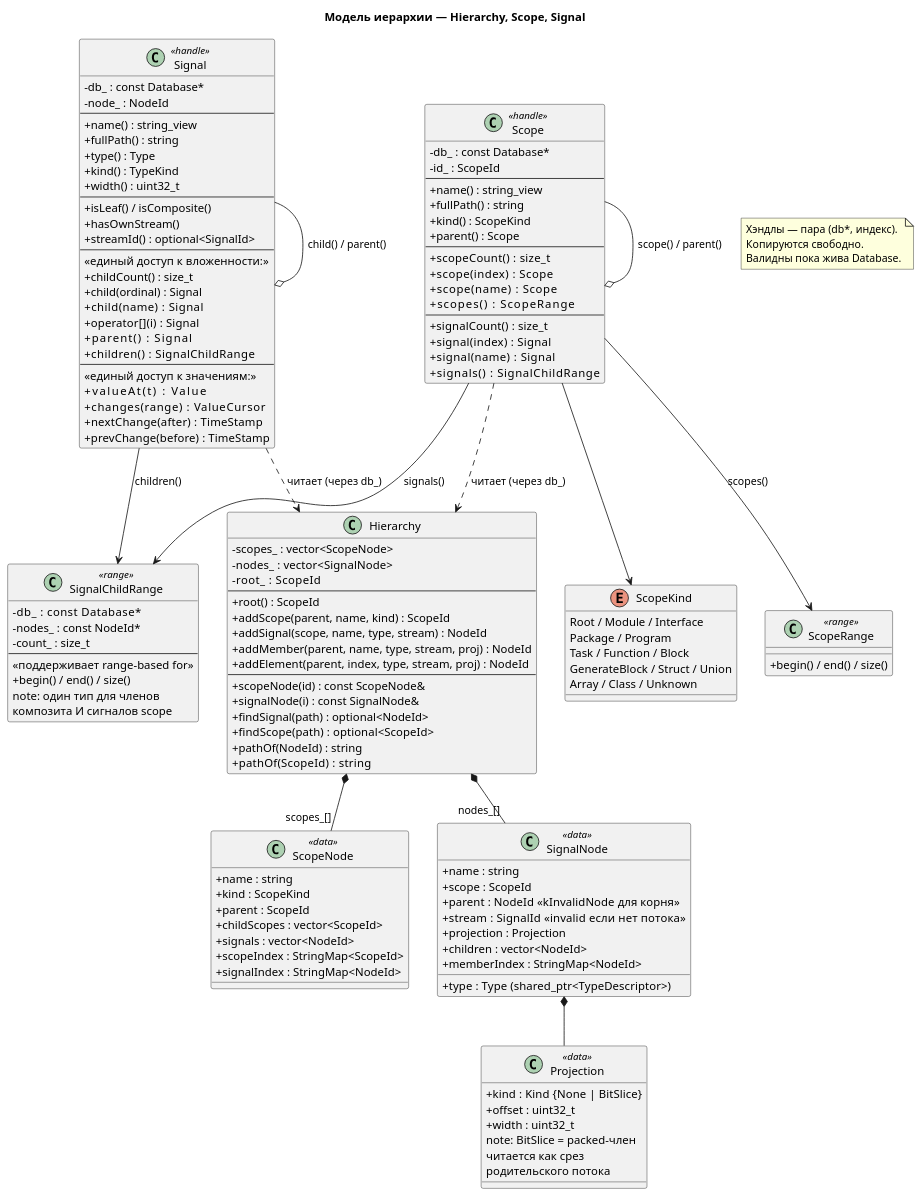
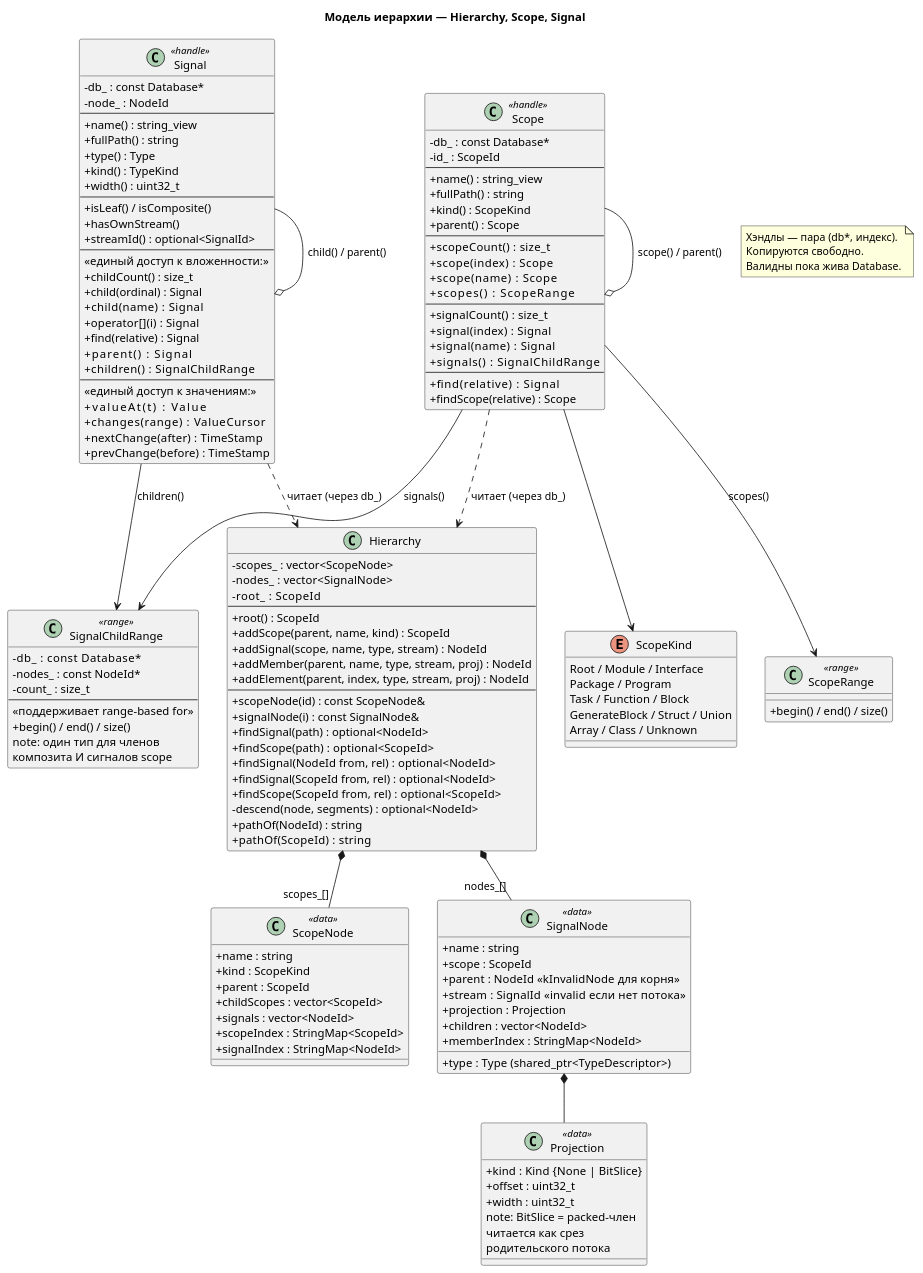
One commit to gikon3/wasafe changed the diagram in docs/uml/03_model.puml. Above: the diagram before and after it, drawn with PlantUML. The commit also changed 7 other files, not shown here.

```diff
--- a/docs/uml/03_model.puml
+++ b/docs/uml/03_model.puml
@@ -1,150 +1,158 @@
 @startuml 03_model
 title Модель иерархии — Hierarchy, Scope, Signal
 
 skinparam classAttributeIconSize 0
 skinparam defaultFontName Consolas
 
 ' ──────────────── Узлы иерархии (данные) ────────────────
 class ScopeNode <<data>> {
     + name : string
     + kind : ScopeKind
     + parent : ScopeId
     + childScopes : vector<ScopeId>
     + signals : vector<NodeId>
     + scopeIndex : StringMap<ScopeId>
     + signalIndex : StringMap<NodeId>
 }
 
 class SignalNode <<data>> {
     + name : string
     + type : Type  (shared_ptr<TypeDescriptor>)
     + scope : ScopeId
     + parent : NodeId  «kInvalidNode для корня»
     + stream : SignalId   «invalid если нет потока»
     + projection : Projection
     + children : vector<NodeId>
     + memberIndex : StringMap<NodeId>
 }
 
 class Projection <<data>> {
     + kind : Kind  {None | BitSlice}
     + offset : uint32_t
     + width : uint32_t
     note: BitSlice = packed-член\nчитается как срез\nродительского потока
 }
 
 SignalNode *-- Projection
 
 ' ──────────────── Хранилище иерархии ────────────────
 class Hierarchy {
     - scopes_ : vector<ScopeNode>
     - nodes_  : vector<SignalNode>
     - root_   : ScopeId
     --
     + root() : ScopeId
     + addScope(parent, name, kind) : ScopeId
     + addSignal(scope, name, type, stream) : NodeId
     + addMember(parent, name, type, stream, proj) : NodeId
     + addElement(parent, index, type, stream, proj) : NodeId
     --
     + scopeNode(id) : const ScopeNode&
     + signalNode(i) : const SignalNode&
     + findSignal(path) : optional<NodeId>
     + findScope(path)  : optional<ScopeId>
+    + findSignal(NodeId from, rel)  : optional<NodeId>
+    + findSignal(ScopeId from, rel) : optional<NodeId>
+    + findScope(ScopeId from, rel)  : optional<ScopeId>
+    - descend(node, segments) : optional<NodeId>
     + pathOf(NodeId) : string
     + pathOf(ScopeId)   : string
 }
 
 Hierarchy *-- "scopes_[]" ScopeNode
 Hierarchy *-- "nodes_[]" SignalNode
 
 ' ──────────────── Публичные хэндлы (лёгкие, копируемые) ────────────────
 note as N1
   Хэндлы — пара (db*, индекс).
   Копируются свободно.
   Валидны пока жива Database.
 end note
 
 class Signal <<handle>> {
     - db_ : const Database*
     - node_ : NodeId
     --
     + name() : string_view
     + fullPath() : string
     + type() : Type
     + kind() : TypeKind
     + width() : uint32_t
     --
     + isLeaf() / isComposite()
     + hasOwnStream()
     + streamId() : optional<SignalId>
     --
     «единый доступ к вложенности:»
     + childCount() : size_t
     + child(ordinal) : Signal
     + child(name)    : Signal
     + operator[](i)  : Signal
+    + find(relative) : Signal
     + parent()       : Signal
     + children()     : SignalChildRange
     --
     «единый доступ к значениям:»
     + valueAt(t)          : Value
     + changes(range)       : ValueCursor
     + nextChange(after)   : TimeStamp
     + prevChange(before)  : TimeStamp
 }
 
 class Scope <<handle>> {
     - db_ : const Database*
     - id_ : ScopeId
     --
     + name() : string_view
     + fullPath() : string
     + kind() : ScopeKind
     + parent() : Scope
     --
     + scopeCount()   : size_t
     + scope(index)    : Scope
     + scope(name)     : Scope
     + scopes()        : ScopeRange
     --
     + signalCount()  : size_t
     + signal(index)   : Signal
     + signal(name)    : Signal
     + signals()       : SignalChildRange
+    --
+    + find(relative)      : Signal
+    + findScope(relative) : Scope
 }
 
 class SignalChildRange <<range>> {
     - db_    : const Database*
     - nodes_ : const NodeId*
     - count_ : size_t
     --
     «поддерживает range-based for»
     + begin() / end() / size()
     note: один тип для членов\nкомпозита И сигналов scope
 }
 
 class ScopeRange <<range>> {
     + begin() / end() / size()
 }
 
 Signal --> SignalChildRange  : children()
 Signal -o Signal             : child() / parent()
 Scope  --> SignalChildRange  : signals()
 Scope  --> ScopeRange        : scopes()
 Scope  -o Scope              : scope() / parent()
 
 Signal ..> Hierarchy         : читает (через db_)
 Scope  ..> Hierarchy         : читает (через db_)
 
 enum ScopeKind {
     Root / Module / Interface
     Package / Program
     Task / Function / Block
     GenerateBlock / Struct / Union
     Array / Class / Unknown
 }
 
 Scope --> ScopeKind
 
 @enduml
```
